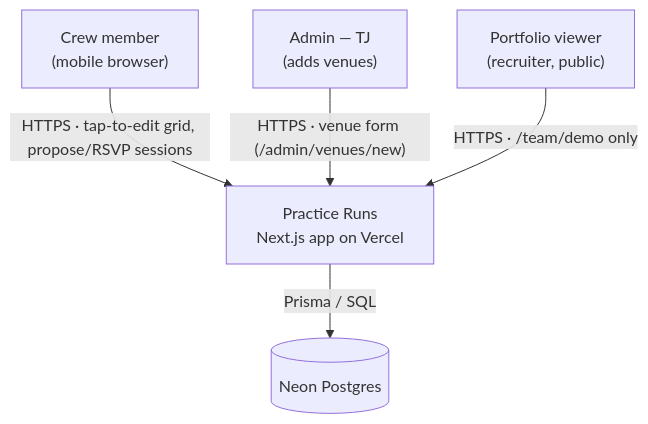
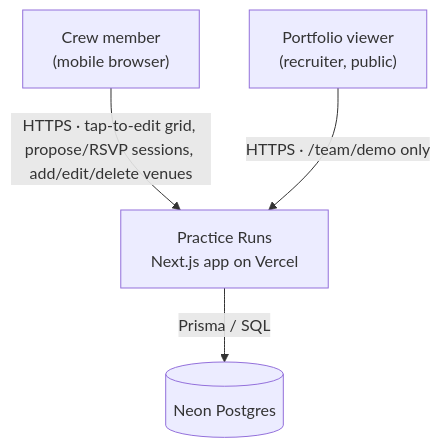
Before and after one commit to tmdbah/practice-runs: the first of 11 diagrams in context/practiceRuns-Architecture.md, drawn with Mermaid. The commit also changed other lines of this file and 19 other files, not shown here.

````diff
--- a/context/practiceRuns-Architecture.md
+++ b/context/practiceRuns-Architecture.md
@@ -29,14 +29,12 @@
 ```mermaid
 graph TB
     Player["Crew member<br/>(mobile browser)"]
-    Admin["Admin — TJ<br/>(adds venues)"]
     Recruiter["Portfolio viewer<br/>(recruiter, public)"]
 
     App["Practice Runs<br/>Next.js app on Vercel"]
     DB[("Neon Postgres")]
 
-    Player -->|"HTTPS · tap-to-edit grid, propose/RSVP sessions"| App
-    Admin -->|"HTTPS · venue form (/admin/venues/new)"| App
+    Player -->|"HTTPS · tap-to-edit grid, propose/RSVP sessions, add/edit/delete venues"| App
     Recruiter -->|"HTTPS · /team/demo only"| App
     App -->|"Prisma / SQL"| DB
 ```
````
